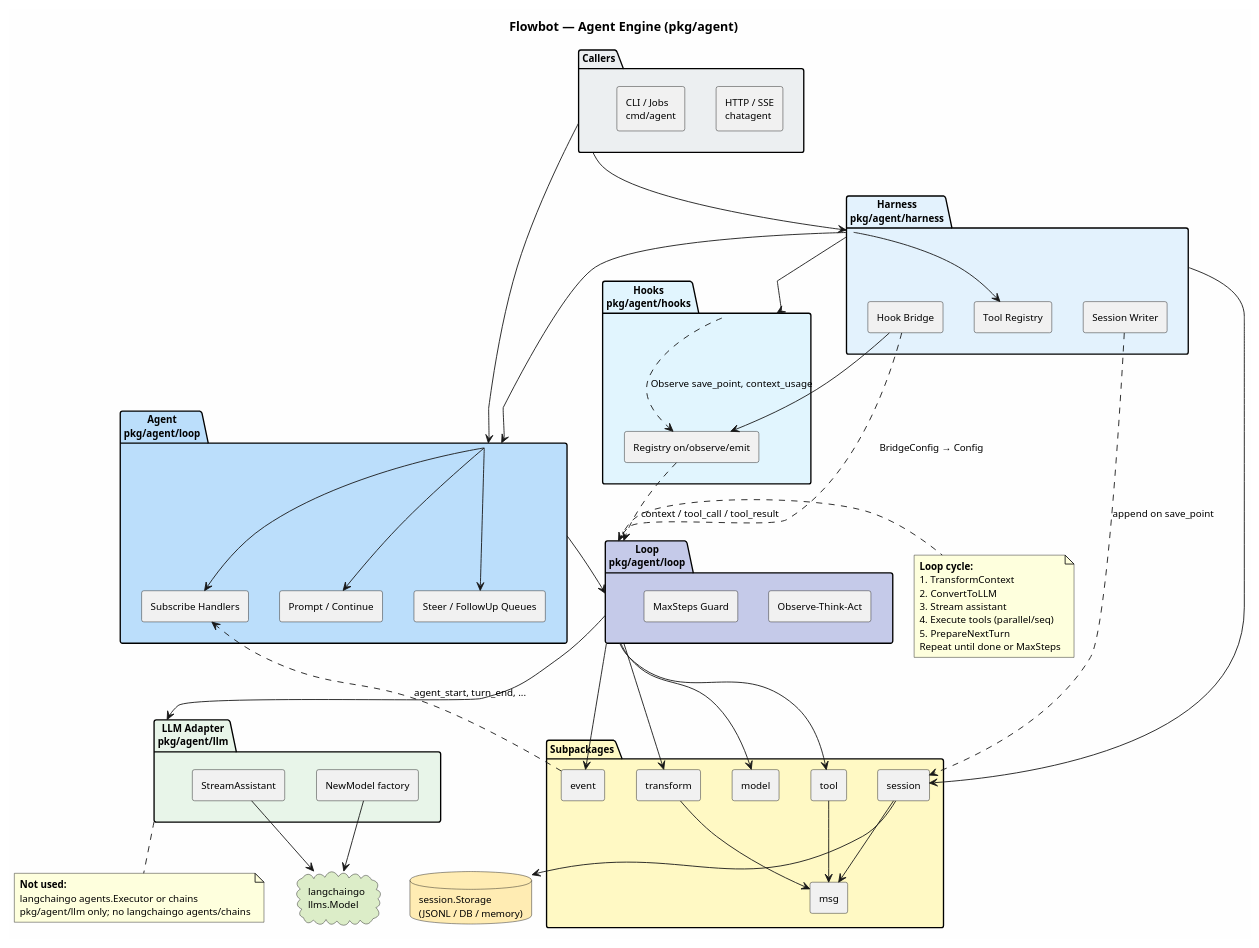
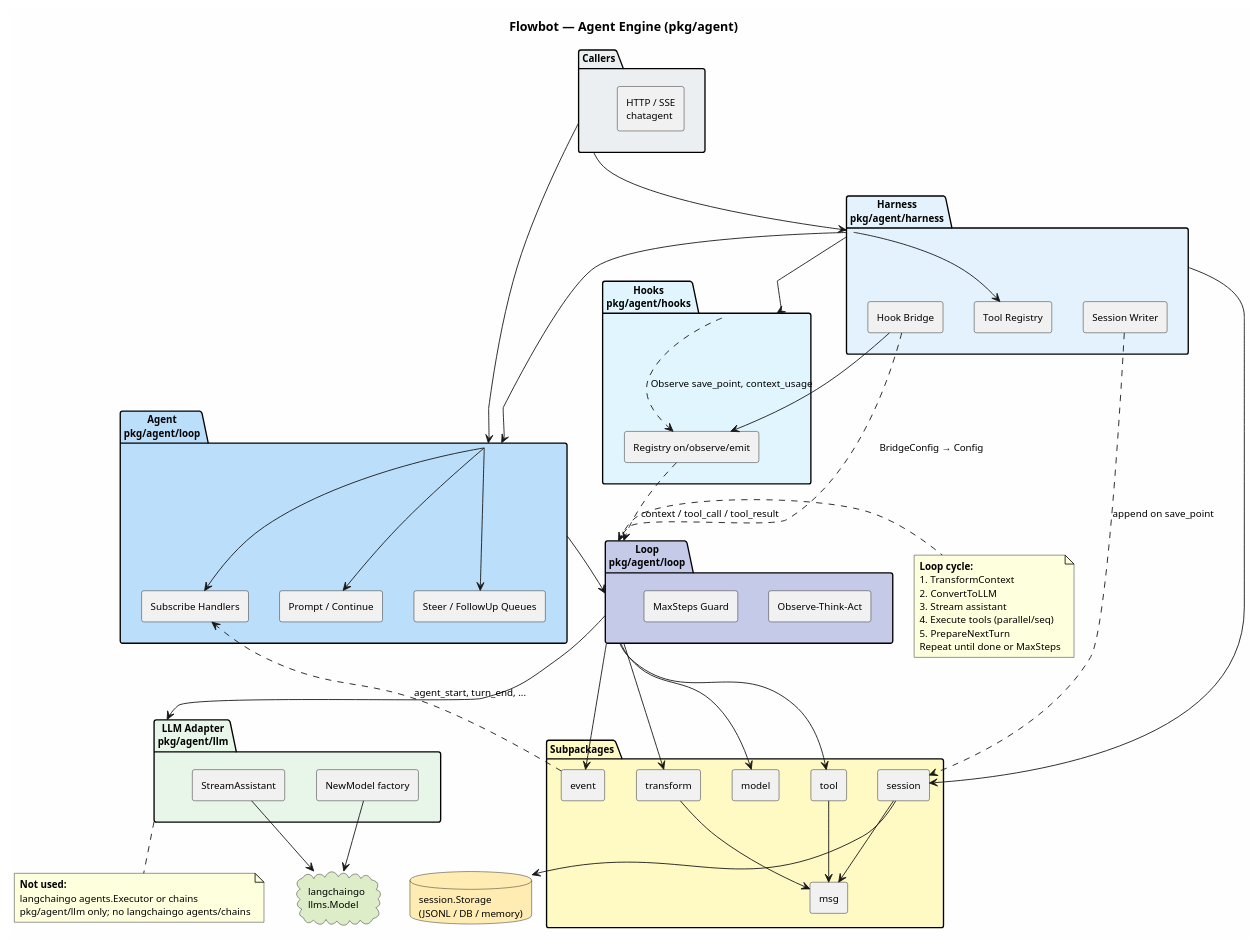
One commit to flowline-io/flowbot changed the diagram in docs/agent/agent.puml. Above: the diagram before and after it, drawn with PlantUML. The commit also changed 111 other files, not shown here.

First line of the commit message:
refactor: remove local CLI gateway and headless agent

```diff
--- a/docs/agent/agent.puml
+++ b/docs/agent/agent.puml
@@ -1,106 +1,105 @@
 @startuml Agent Engine
 ' =============================================================================
 ' Flowbot Agent Engine (pkg/agent)
 ' Render: plantuml docs/agent/agent.puml
 ' =============================================================================
 
 skinparam componentStyle rectangle
 skinparam backgroundColor #FEFEFE
 skinparam defaultFontSize 11
 
 title Flowbot — Agent Engine (pkg/agent)
 
 package "Callers" as Callers #ECEFF1 {
   [HTTP / SSE\nchatagent] as HTTP
-  [CLI / Jobs\ncmd/agent] as CLI
 }
 
 package "Harness\npkg/agent/harness" as Harness #E3F2FD {
   [Session Writer] as SessWrite
   [Tool Registry] as HReg
   [Hook Bridge] as HBridge
 }
 
 package "Hooks\npkg/agent/hooks" as HooksPkg #E1F5FE {
   [Registry on/observe/emit] as HookReg
 }
 
 package "Agent\npkg/agent/loop" as AgentPkg #BBDEFB {
   [Prompt / Continue] as Prompt
   [Steer / FollowUp Queues] as Queues
   [Subscribe Handlers] as Subs
 }
 
 package "Loop\npkg/agent/loop" as Loop #C5CAE9 {
   [Observe-Think-Act] as OTA
   [MaxSteps Guard] as Guard
 }
 
 package "Subpackages" as Sub #FFF9C4 {
   [tool] as ToolPkg
   [transform] as TransformPkg
   [session] as SessionPkg
   [model] as ModelPkg
   [event] as EventPkg
   [msg] as MsgPkg
 }
 
 package "LLM Adapter\npkg/agent/llm" as LLM #E8F5E9 {
   [StreamAssistant] as Stream
   [NewModel factory] as Factory
 }
 
 cloud "langchaingo\nllms.Model" as LangchainGo #DCEDC8
 
 database "session.Storage\n(JSONL / DB / memory)" as Storage #FFECB3
 
 Callers --> Harness
 Callers --> AgentPkg
 Harness --> AgentPkg
 Harness --> SessionPkg
 Harness --> HReg
 Harness --> HooksPkg
 HBridge --> HookReg
 HBridge ..> Loop : BridgeConfig → Config
 
 AgentPkg --> Loop
 AgentPkg --> Subs
 AgentPkg --> Queues
 AgentPkg --> Prompt
 
 Loop --> ToolPkg
 Loop --> TransformPkg
 Loop --> LLM
 Loop --> EventPkg
 Loop --> ModelPkg
 
 ToolPkg --> MsgPkg
 TransformPkg --> MsgPkg
 SessionPkg --> MsgPkg
 SessionPkg --> Storage
 
 Stream --> LangchainGo
 Factory --> LangchainGo
 
 HookReg ..> Loop : context / tool_call / tool_result
 SessWrite ..> SessionPkg : append on save_point
 HooksPkg ..> HookReg : Observe save_point, context_usage
 EventPkg ..> Subs : agent_start, turn_end, ...
 
 note right of Loop
   <b>Loop cycle:</b>
   1. TransformContext
   2. ConvertToLLM
   3. Stream assistant
   4. Execute tools (parallel/seq)
   5. PrepareNextTurn
   Repeat until done or MaxSteps
 end note
 
 note bottom of LLM
   <b>Not used:</b>
   langchaingo agents.Executor or chains
   pkg/agent/llm only; no langchaingo agents/chains
 end note
 
 @enduml
```
